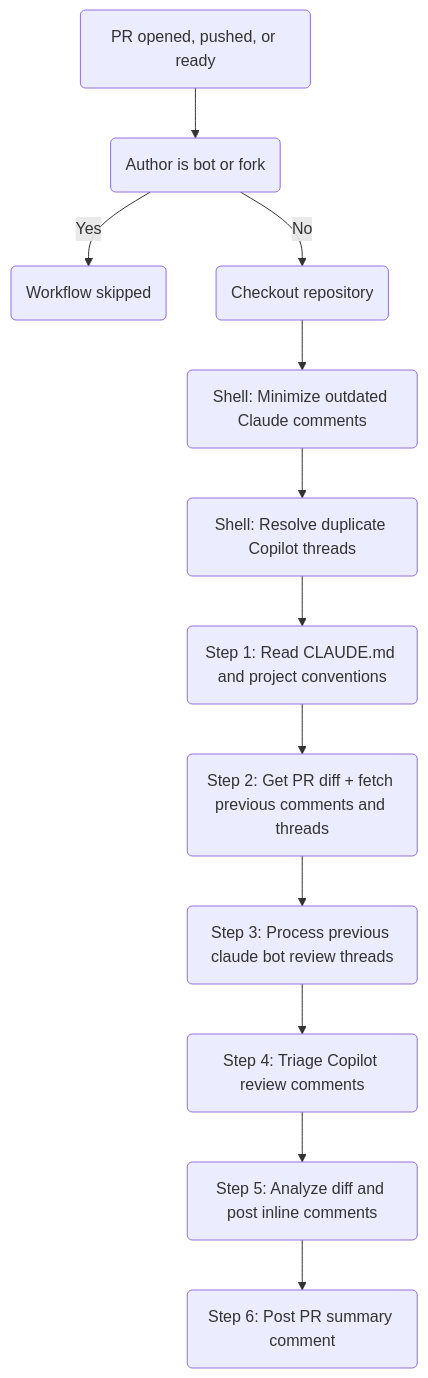
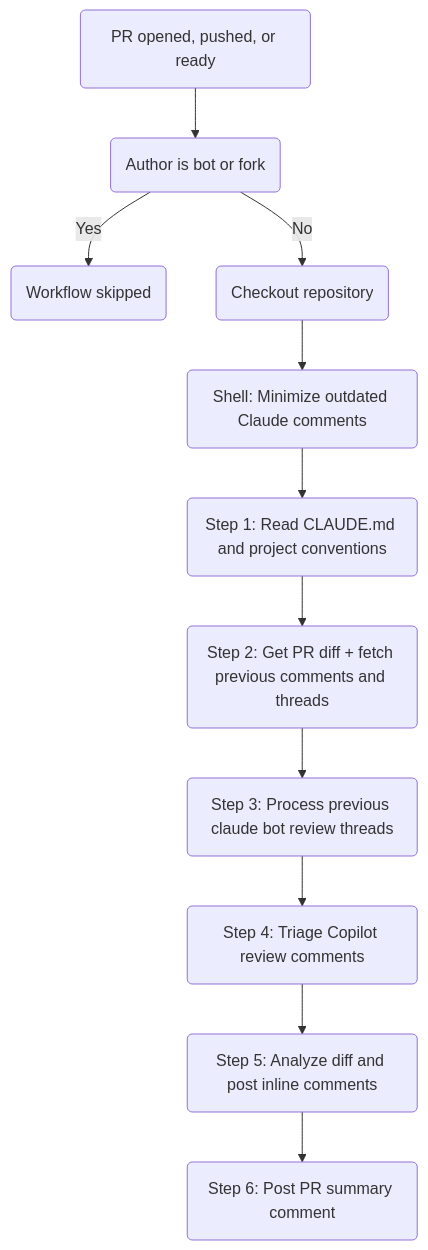
One commit to SchweizerischeBundesbahnen/github-workflows-polarion changed the first of 2 diagrams in docs/claude-code-review.md. Above: the diagram before and after it, drawn with Mermaid. The commit also changed other lines of this file and 1 other file, not shown here.

First line of the commit message:
fix: remove Copilot dedup shell step (insufficient permissions)

````diff
--- a/docs/claude-code-review.md
+++ b/docs/claude-code-review.md
@@ -40,14 +40,13 @@
 ```mermaid
 flowchart TD
   A(PR opened, pushed, or ready) --> B(Author is bot or fork)
   B -->|Yes| Z(Workflow skipped)
   B -->|No| C(Checkout repository)
-  C --> C2(Shell: Minimize outdated Claude comments)
-  C2 --> D(Shell: Resolve duplicate Copilot threads)
+  C --> D(Shell: Minimize outdated Claude comments)
   D --> E(Step 1: Read CLAUDE.md and project conventions)
   E --> F(Step 2: Get PR diff + fetch previous comments and threads)
   F --> G(Step 3: Process previous claude bot review threads)
   G --> H(Step 4: Triage Copilot review comments)
   H --> I(Step 5: Analyze diff and post inline comments)
   I --> J(Step 6: Post PR summary comment)
 ```
````
